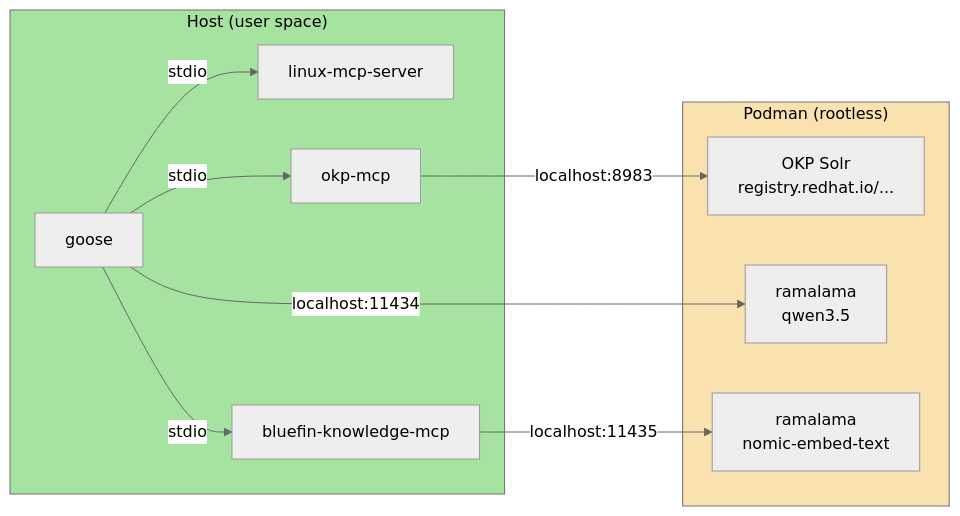
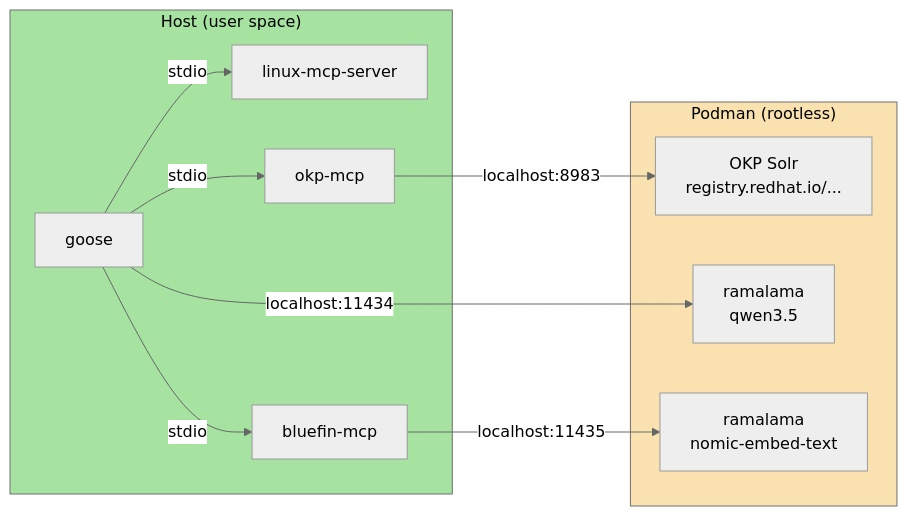
One commit to projectbluefin/common changed diagram 15 of 19 in specs/00-bluespeed-specification.md. Above: the diagram before and after it, drawn with Mermaid (neutral theme). The commit also changed other lines of this file, not shown here.

First line of the commit message:
spec: Integrate bluefin-mcp as first-class component, consolidate knowledge layer (v0.2)

````diff
--- a/specs/00-bluespeed-specification.md
+++ b/specs/00-bluespeed-specification.md
@@ -2229,25 +2301,25 @@
 ```mermaid
 graph LR
     subgraph Podman["Podman (rootless)"]
         SOLR["OKP Solr<br/>registry.redhat.io/..."]
         CHAT["ramalama<br/>qwen3.5"]
         EMBED["ramalama<br/>nomic-embed-text"]
     end
 
     subgraph Host["Host (user space)"]
         GOOSE["goose"]
         LMS["linux-mcp-server"]
         OKPM["okp-mcp"]
-        BFKM["bluefin-knowledge-mcp"]
+        BFMCP["bluefin-mcp"]
     end
 
     GOOSE -->|stdio| LMS
     GOOSE -->|stdio| OKPM
-    GOOSE -->|stdio| BFKM
+    GOOSE -->|stdio| BFMCP
     OKPM -->|localhost:8983| SOLR
     GOOSE -->|localhost:11434| CHAT
-    BFKM -->|localhost:11435| EMBED
+    BFMCP -->|localhost:11435| EMBED
 
     style Podman fill:#f9e2af,color:#000
     style Host fill:#a6e3a1,color:#000
 ```
````
